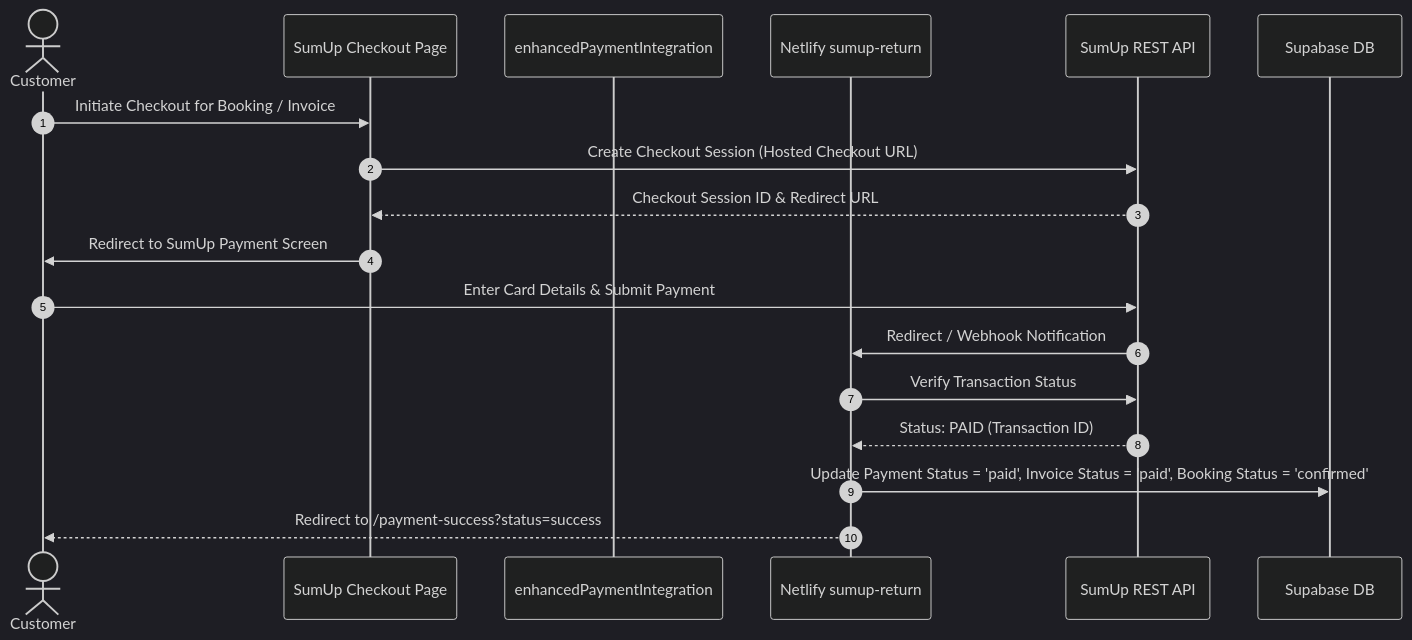
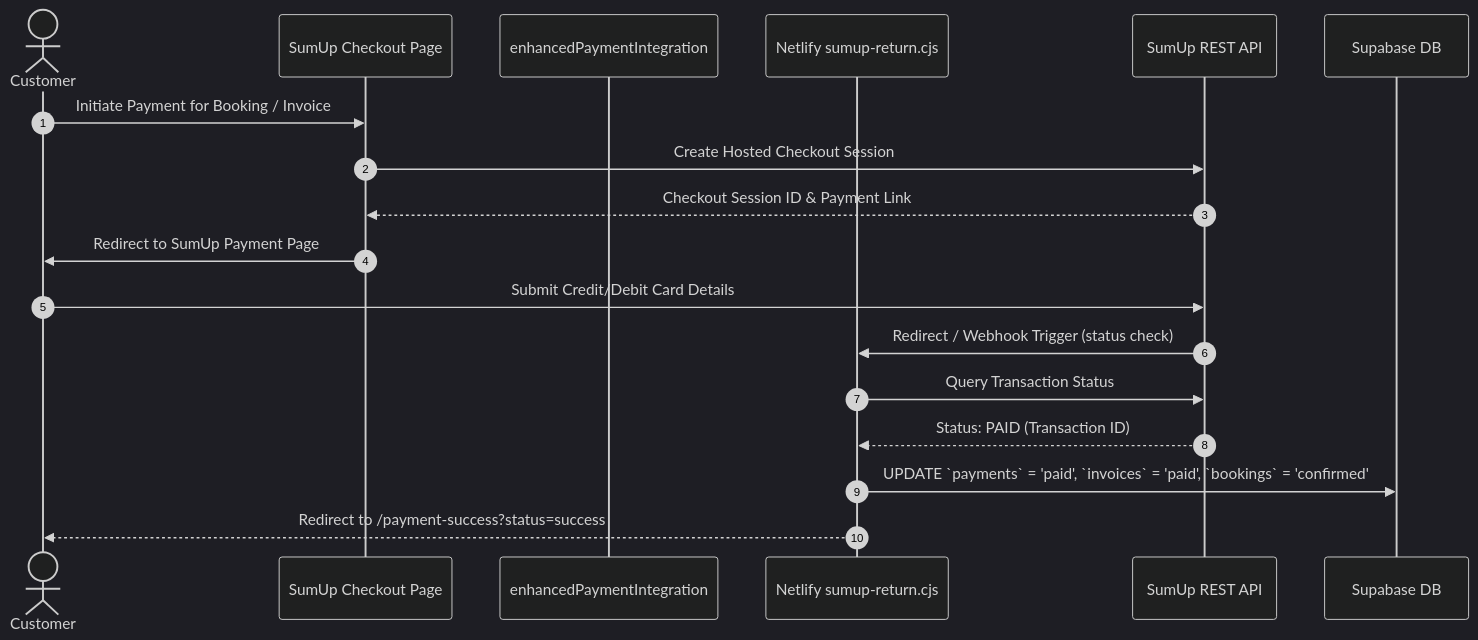
Before and after one commit to kdadks/KH: the fourth of 5 diagrams in MEMORY.md, drawn with Mermaid (dark theme). The commit also changed other lines of this file and 8 other files, not shown here.

````diff
--- a/MEMORY.md
+++ b/MEMORY.md
@@ -194,21 +278,21 @@
 ```mermaid
 sequenceDiagram
     autonumber
     actor Customer
     participant CheckoutUI as SumUp Checkout Page
     participant PaymentUtil as enhancedPaymentIntegration
-    participant NetlifyReturn as Netlify sumup-return
+    participant NetlifyReturn as Netlify sumup-return.cjs
     participant SumUpAPI as SumUp REST API
     participant DB as Supabase DB
 
-    Customer->>CheckoutUI: Initiate Checkout for Booking / Invoice
-    CheckoutUI->>SumUpAPI: Create Checkout Session (Hosted Checkout URL)
-    SumUpAPI-->>CheckoutUI: Checkout Session ID & Redirect URL
-    CheckoutUI->>Customer: Redirect to SumUp Payment Screen
-    Customer->>SumUpAPI: Enter Card Details & Submit Payment
-    SumUpAPI->>NetlifyReturn: Redirect / Webhook Notification
-    NetlifyReturn->>SumUpAPI: Verify Transaction Status
+    Customer->>CheckoutUI: Initiate Payment for Booking / Invoice
+    CheckoutUI->>SumUpAPI: Create Hosted Checkout Session
+    SumUpAPI-->>CheckoutUI: Checkout Session ID & Payment Link
+    CheckoutUI->>Customer: Redirect to SumUp Payment Page
+    Customer->>SumUpAPI: Submit Credit/Debit Card Details
+    SumUpAPI->>NetlifyReturn: Redirect / Webhook Trigger (status check)
+    NetlifyReturn->>SumUpAPI: Query Transaction Status
     SumUpAPI-->>NetlifyReturn: Status: PAID (Transaction ID)
-    NetlifyReturn->>DB: Update Payment Status = 'paid', Invoice Status = 'paid', Booking Status = 'confirmed'
+    NetlifyReturn->>DB: UPDATE `payments` = 'paid', `invoices` = 'paid', `bookings` = 'confirmed'
     NetlifyReturn-->>Customer: Redirect to /payment-success?status=success
 ```
````
